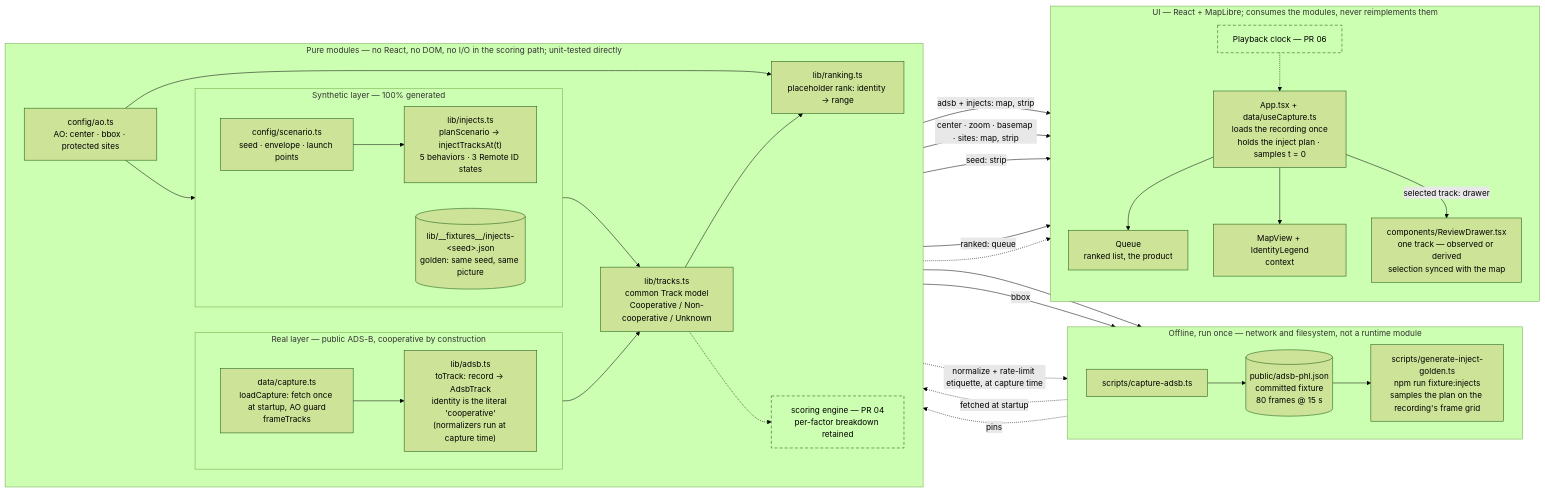
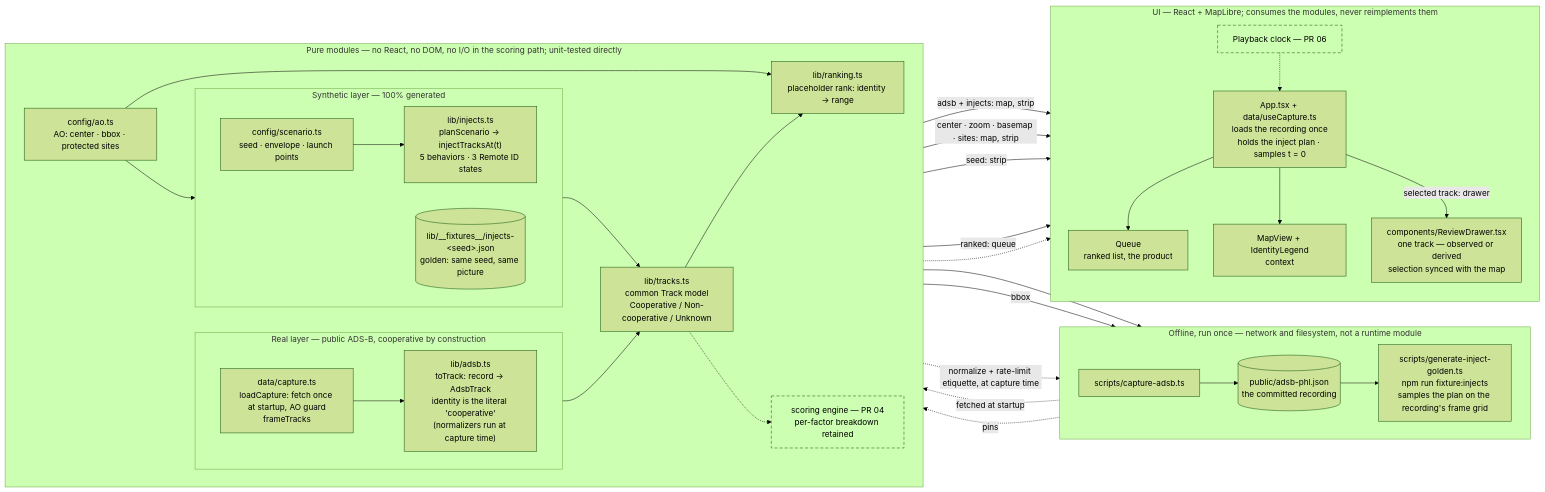
The diagram in README.md (garishay/vigil), drawn with Mermaid (forest theme) before and after one commit. The commit also changed 6 other files, not shown here.

````diff
--- a/README.md
+++ b/README.md
@@ -26,54 +26,54 @@
 ```mermaid
 flowchart LR
   subgraph offline["Offline, run once — network and filesystem, not a runtime module"]
     direction LR
-    cap["scripts/capture-adsb.ts"] --> fx[("public/adsb-phl.json<br/>committed fixture<br/>80 frames @ 15 s")]
+    cap["scripts/capture-adsb.ts"] --> fx[("public/adsb-phl.json<br/>the committed recording")]
     fx --> goldgen["scripts/generate-inject-golden.ts<br/>npm run fixture:injects<br/>samples the plan on the recording's frame grid"]
   end
   subgraph pure["Pure modules — no React, no DOM, no I/O in the scoring path; unit-tested directly"]
     direction LR
     subgraph real["Real layer — public ADS-B, cooperative by construction"]
       direction LR
       load["data/capture.ts<br/>loadCapture: fetch once at startup, AO guard<br/>frameTracks"] --> norm["lib/adsb.ts<br/>toTrack: record → AdsbTrack<br/>identity is the literal 'cooperative'<br/>(normalizers run at capture time)"]
     end
     subgraph syn["Synthetic layer — 100% generated"]
       direction LR
       cfg["config/scenario.ts<br/>seed · envelope · launch points"] --> gen["lib/injects.ts<br/>planScenario → injectTracksAt(t)<br/>5 behaviors · 3 Remote ID states"]
       gold[("lib/__fixtures__/injects-&lt;seed&gt;.json<br/>golden: same seed, same picture")]
     end
     ao["config/ao.ts<br/>AO: center · bbox · protected sites"]
     model["lib/tracks.ts<br/>common Track model<br/>Cooperative / Non-cooperative / Unknown"]
     rank["lib/ranking.ts<br/>placeholder rank: identity → range"]
     score["scoring engine — PR 04<br/>per-factor breakdown retained"]
     norm --> model
     gen --> model
     ao --> gen
     ao --> rank
     model --> rank
     model -.-> score
   end
   fx -. fetched at startup .-> load
   gen --> goldgen
   goldgen -. pins .-> gold
   ao -- bbox --> cap
   norm -. normalize + rate-limit etiquette, at capture time .-> cap
   subgraph ui["UI — React + MapLibre; consumes the modules, never reimplements them"]
     direction TB
     app["App.tsx + data/useCapture.ts<br/>loads the recording once<br/>holds the inject plan · samples t = 0"]
     queue["Queue<br/>ranked list, the product"]
     map["MapView + IdentityLegend<br/>context"]
     review["components/ReviewDrawer.tsx<br/>one track — observed or derived<br/>selection synced with the map"]
     clock["Playback clock — PR 06"]
     app --> queue
     app --> map
     app -- selected track: drawer --> review
     clock -.-> app
   end
   model -- adsb + injects: map, strip --> app
   ao -- center · zoom · basemap · sites: map, strip --> app
   cfg -- seed: strip --> app
   rank -- ranked: queue --> app
   score -.-> app
   classDef planned stroke-dasharray: 6 4,fill:none;
   class score,clock planned;
 ```
````
